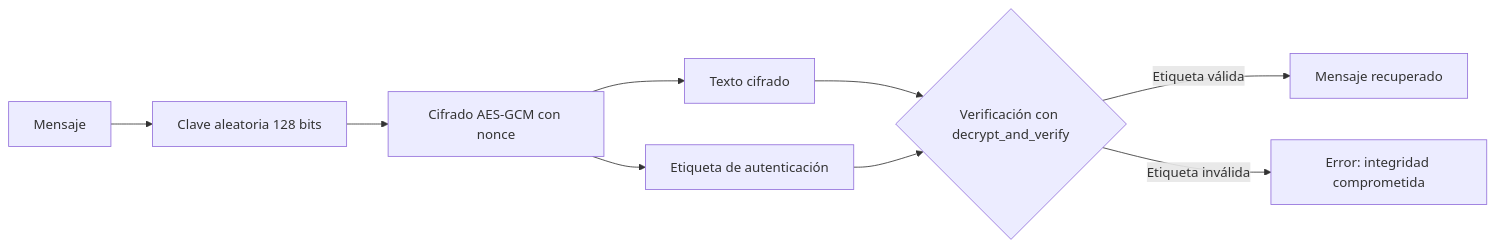
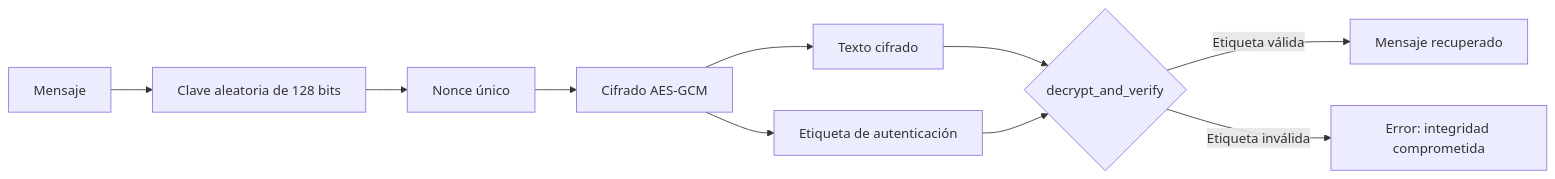
The second of 3 diagrams in corte-02/practicas/aes-cifrado-auditoria/readme.md (jessicaromero-ctrl/Cibersecurity), drawn with Mermaid before and after one commit. The commit also changed other lines of this file, not shown here.

Commit message:
docs: amplía readme con glosario, visualizaciones, ejemplo y ejercicio

````diff
--- a/corte-02/practicas/aes-cifrado-auditoria/readme.md
+++ b/corte-02/practicas/aes-cifrado-auditoria/readme.md
@@ -64,11 +94,12 @@
 ```mermaid
 flowchart LR
-    A[Mensaje] --> B[Clave aleatoria 128 bits]
-    B --> C[Cifrado AES-GCM con nonce]
-    C --> D[Texto cifrado]
-    C --> E[Etiqueta de autenticación]
-    D --> F{Verificación con decrypt_and_verify}
-    E --> F
-    F -->|Etiqueta válida| G[Mensaje recuperado]
-    F -->|Etiqueta inválida| H[Error: integridad comprometida]
+    A[Mensaje] --> B[Clave aleatoria de 128 bits]
+    B --> C[Nonce único]
+    C --> D[Cifrado AES-GCM]
+    D --> E[Texto cifrado]
+    D --> F[Etiqueta de autenticación]
+    E --> G{decrypt_and_verify}
+    F --> G
+    G -->|Etiqueta válida| H[Mensaje recuperado]
+    G -->|Etiqueta inválida| I[Error: integridad comprometida]
 ```
````
